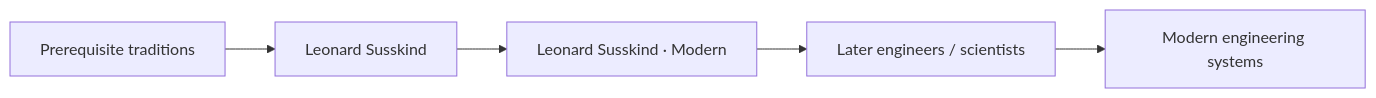
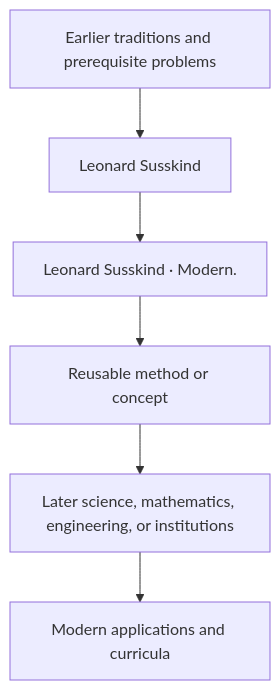
One commit to via-decide/ViaLogic changed the diagram in docs/history/leonard-susskind/influence.md. Above: the diagram before and after it, drawn with Mermaid. The commit also changed other lines of this file and 858 other files, not shown here.

````diff
--- a/docs/history/leonard-susskind/influence.md
+++ b/docs/history/leonard-susskind/influence.md
@@ -29,7 +16,8 @@
 ```mermaid
-graph LR
-  prerequisites["Prerequisite traditions"] --> current["Leonard Susskind"]
-  current --> contribution["Leonard Susskind · Modern"]
-  contribution --> successors["Later engineers / scientists"]
-  successors --> modern["Modern engineering systems"]
+graph TD
+  Prior[Earlier traditions and prerequisite problems] --> Person[Leonard Susskind]
+  Person --> Contribution[Leonard Susskind · Modern.]
+  Contribution --> Method[Reusable method or concept]
+  Method --> Later[Later science, mathematics, engineering, or institutions]
+  Later --> Modern[Modern applications and curricula]
 ```
````
